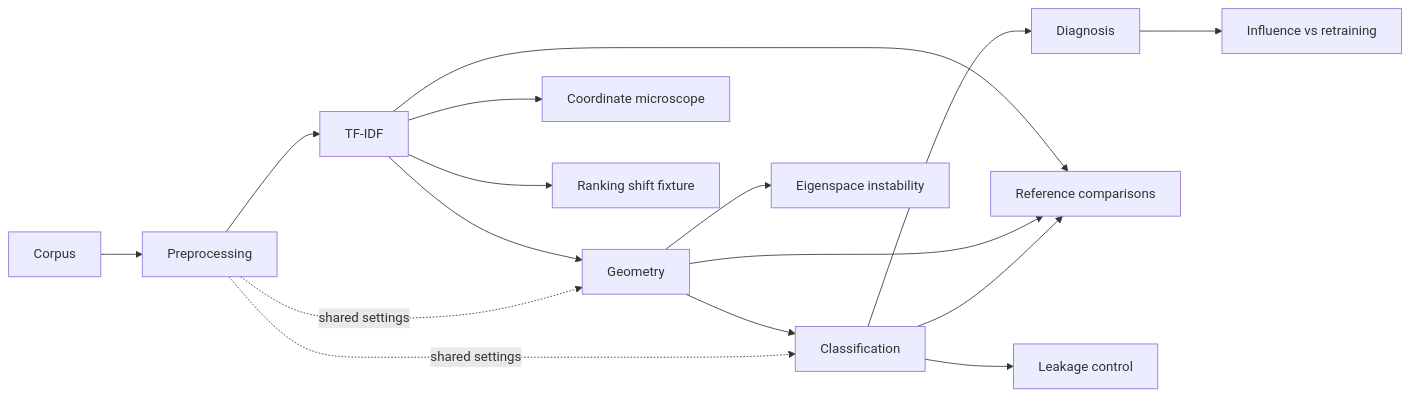
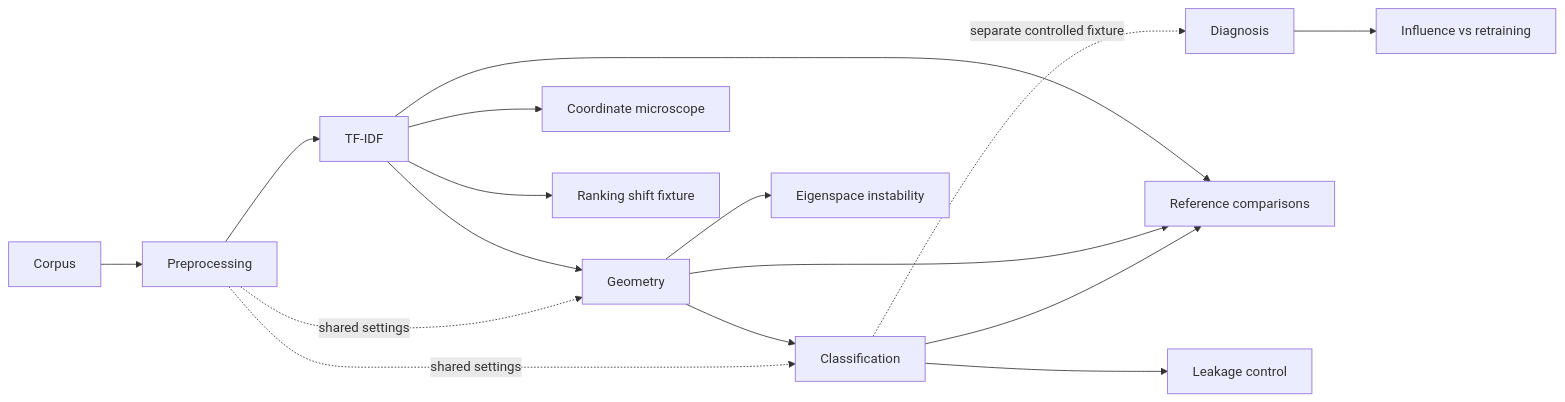
One commit to harshrarora/glassbox changed the diagram in README.md. Above: the diagram before and after it, drawn with Mermaid. The commit also changed other lines of this file and 25 other files, not shown here.

````diff
--- a/README.md
+++ b/README.md
@@ -51,18 +57,18 @@
 ```mermaid
 flowchart LR
     A[Corpus] --> B[Preprocessing]
     B --> C[TF-IDF]
     C --> D[Geometry]
     D --> E[Classification]
-    E --> F[Diagnosis]
+    E -. separate controlled fixture .-> F[Diagnosis]
     B -. shared settings .-> D
     B -. shared settings .-> E
     C --> G[Coordinate microscope]
     C --> H[Reference comparisons]
     D --> H
     E --> H
     C --> I[Ranking shift fixture]
     D --> J[Eigenspace instability]
     E --> K[Leakage control]
     F --> L[Influence vs retraining]
 ```
````
